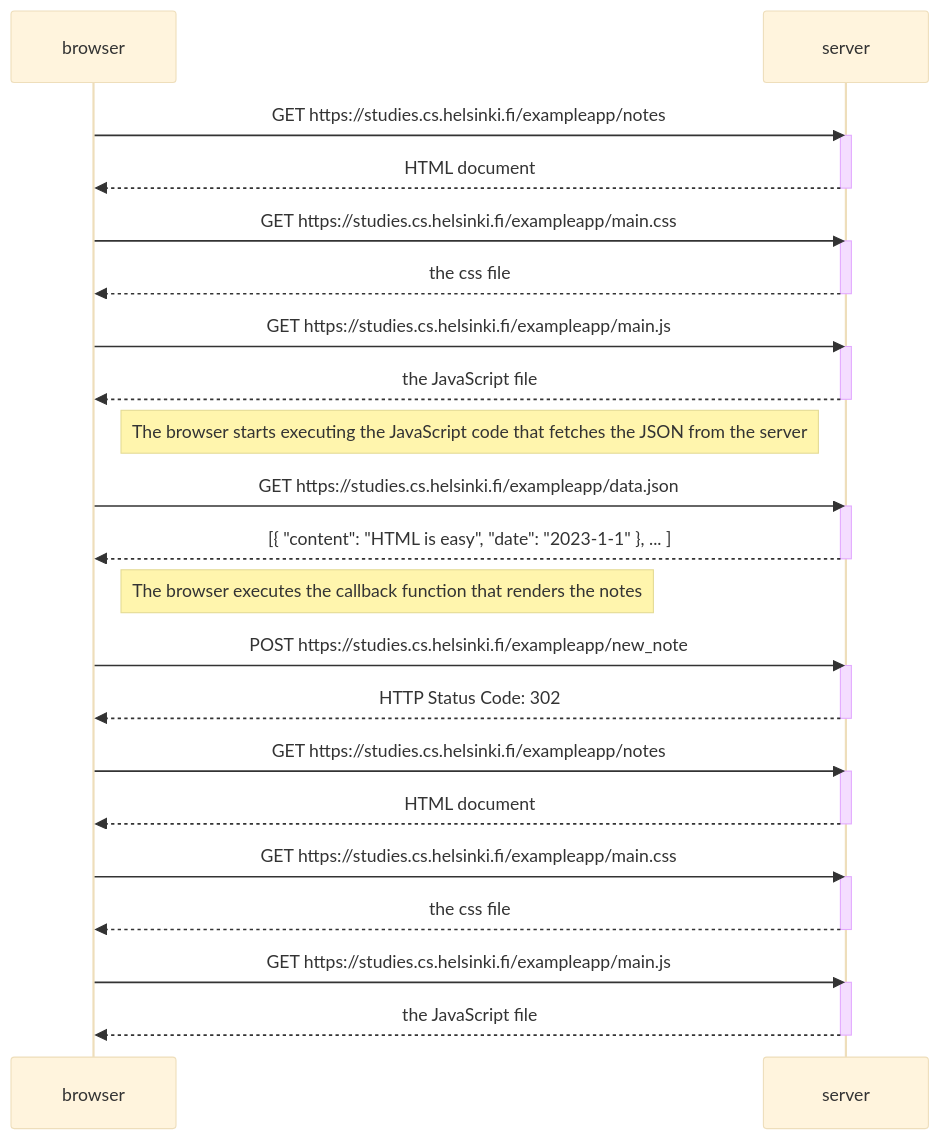
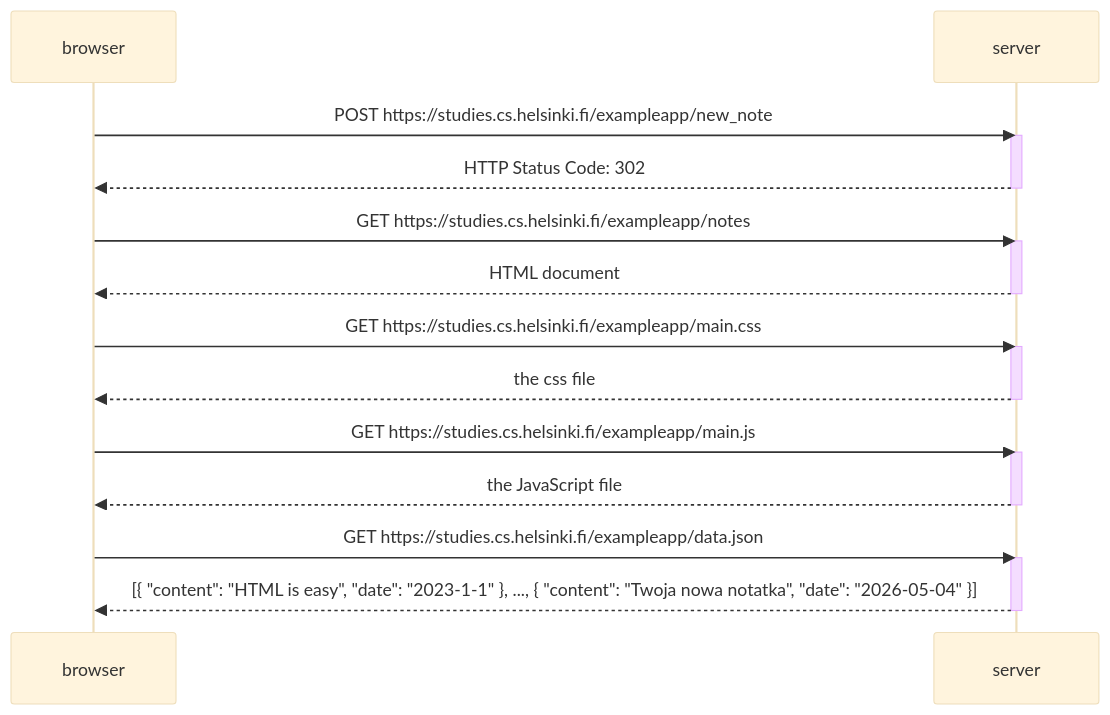
One commit to FlyPocker/FullStackOpen changed the diagram in Test.md. Above: the diagram before and after it, drawn with Mermaid (base theme).

Commit message:
Modify sequence diagram with new note retrieval
Updated sequence diagram to include new note data.

````diff
--- a/Test.md
+++ b/Test.md
@@ -1,48 +1,29 @@
 ```mermaid
 sequenceDiagram
     participant browser
     participant server
-
-    browser->>server: GET https://studies.cs.helsinki.fi/exampleapp/notes
-    activate server
-    server-->>browser: HTML document
-    deactivate server
-
-    browser->>server: GET https://studies.cs.helsinki.fi/exampleapp/main.css
-    activate server
-    server-->>browser: the css file
-    deactivate server
-
-    browser->>server: GET https://studies.cs.helsinki.fi/exampleapp/main.js
-    activate server
-    server-->>browser: the JavaScript file
-    deactivate server
-
-    Note right of browser: The browser starts executing the JavaScript code that fetches the JSON from the server
-
-    browser->>server: GET https://studies.cs.helsinki.fi/exampleapp/data.json
-    activate server
-    server-->>browser: [{ "content": "HTML is easy", "date": "2023-1-1" }, ... ]
-    deactivate server
-
-    Note right of browser: The browser executes the callback function that renders the notes
 
     browser->>server: POST https://studies.cs.helsinki.fi/exampleapp/new_note
     activate server
     server-->>browser: HTTP Status Code: 302
     deactivate server
     browser->>server: GET https://studies.cs.helsinki.fi/exampleapp/notes
     activate server
     server-->>browser: HTML document
     deactivate server
 
     browser->>server: GET https://studies.cs.helsinki.fi/exampleapp/main.css
     activate server
     server-->>browser: the css file
     deactivate server
 
     browser->>server: GET https://studies.cs.helsinki.fi/exampleapp/main.js
     activate server
     server-->>browser: the JavaScript file
     deactivate server
+
+    browser->>server: GET https://studies.cs.helsinki.fi/exampleapp/data.json
+    activate server
+    server-->>browser: [{ "content": "HTML is easy", "date": "2023-1-1" }, ..., { "content": "Twoja nowa notatka", "date": "2026-05-04" }]
+    deactivate server
 ```
````
